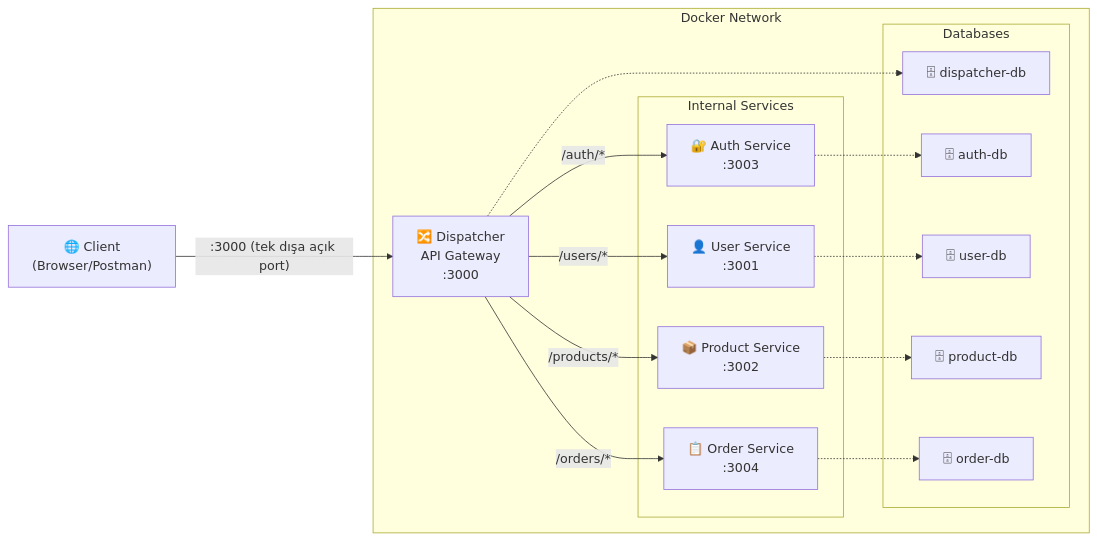
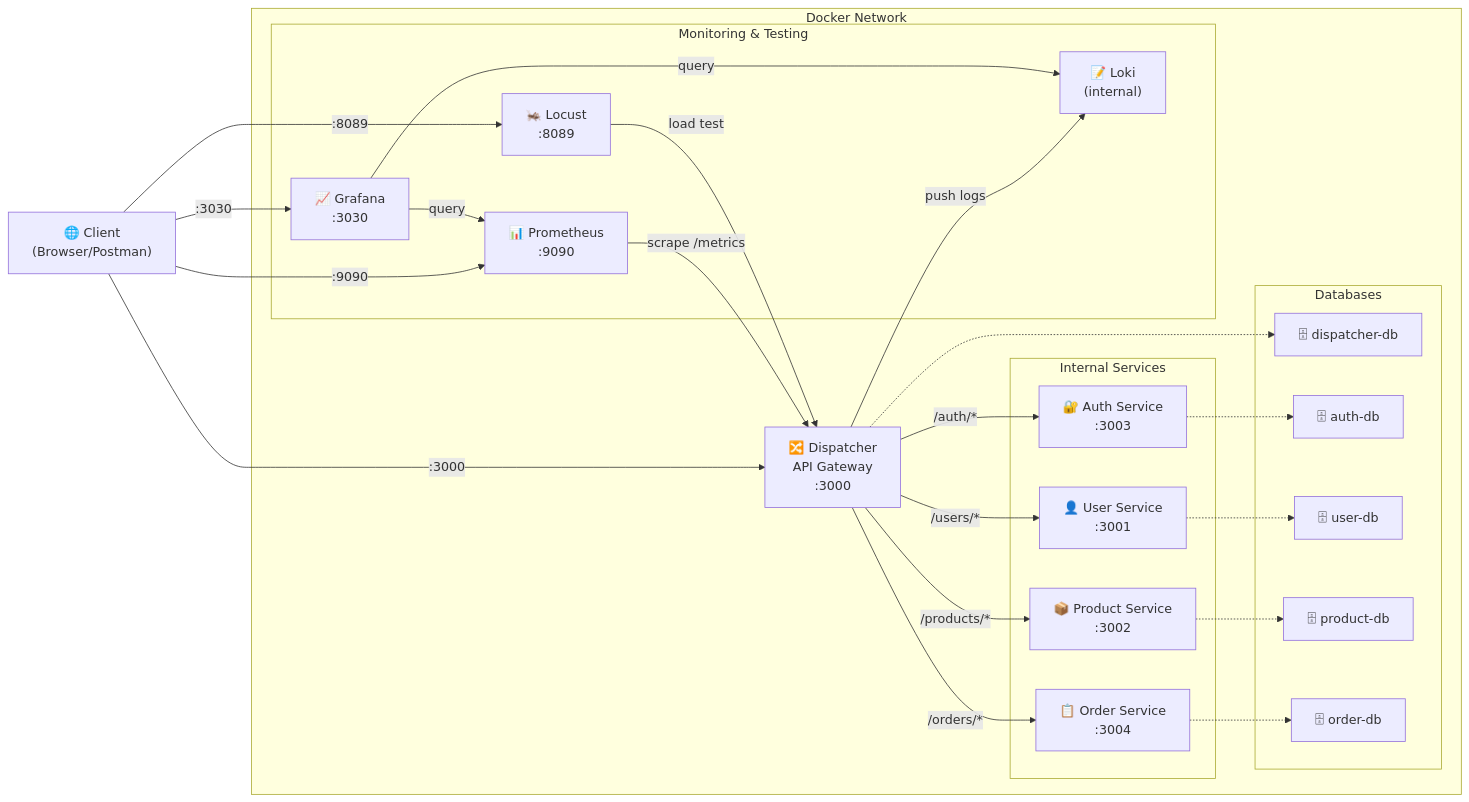
One commit to iremkalayci/microservice-dispatcher changed the first of 5 diagrams in README.md. Above: the diagram before and after it, drawn with Mermaid. The commit also changed other lines of this file and 10 other files, not shown here.

Commit message:
Prometheus, Grafana, Loki ve Locust izleme altyapisi eklendi - Docker uzerinden tam entegrasyon

````diff
--- a/README.md
+++ b/README.md
@@ -41,35 +42,51 @@
 ```mermaid
 graph LR
     Client["🌐 Client<br/>(Browser/Postman)"]
     
     subgraph Docker Network
         Dispatcher["🔀 Dispatcher<br/>API Gateway<br/>:3000"]
         
         subgraph Internal Services
             Auth["🔐 Auth Service<br/>:3003"]
             Users["👤 User Service<br/>:3001"]
             Products["📦 Product Service<br/>:3002"]
             Orders["📋 Order Service<br/>:3004"]
         end
         
         subgraph Databases
             DDB["🗄 dispatcher-db"]
             ADB["🗄 auth-db"]
             UDB["🗄 user-db"]
             PDB["🗄 product-db"]
             ODB["🗄 order-db"]
         end
+
+        subgraph Monitoring & Testing
+            Prometheus["📊 Prometheus<br/>:9090"]
+            Grafana["📈 Grafana<br/>:3030"]
+            Loki["📝 Loki<br/>(internal)"]
+            Locust["🦗 Locust<br/>:8089"]
+        end
     end
     
-    Client -->|":3000 (tek dışa açık port)"| Dispatcher
+    Client -->|":3000"| Dispatcher
+    Client -->|":3030"| Grafana
+    Client -->|":9090"| Prometheus
+    Client -->|":8089"| Locust
     Dispatcher -->|"/auth/*"| Auth
     Dispatcher -->|"/users/*"| Users
     Dispatcher -->|"/products/*"| Products
     Dispatcher -->|"/orders/*"| Orders
     
     Dispatcher -.-> DDB
     Auth -.-> ADB
     Users -.-> UDB
     Products -.-> PDB
     Orders -.-> ODB
+
+    Prometheus -->|"scrape /metrics"| Dispatcher
+    Dispatcher -->|"push logs"| Loki
+    Grafana -->|"query"| Prometheus
+    Grafana -->|"query"| Loki
+    Locust -->|"load test"| Dispatcher
 ```
````
